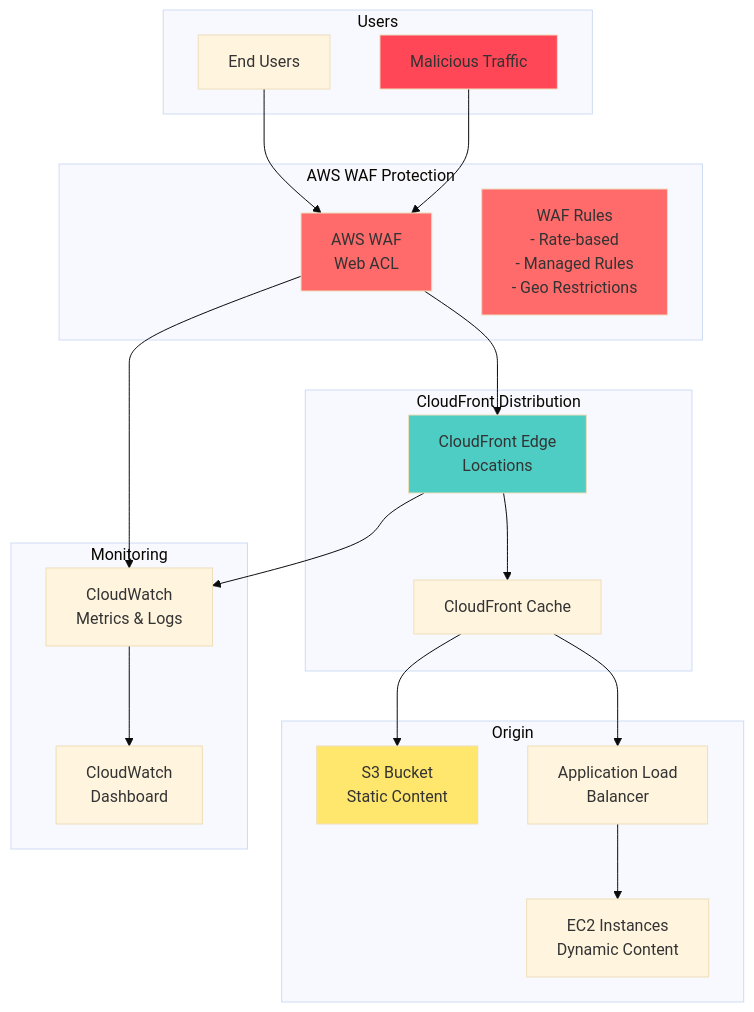
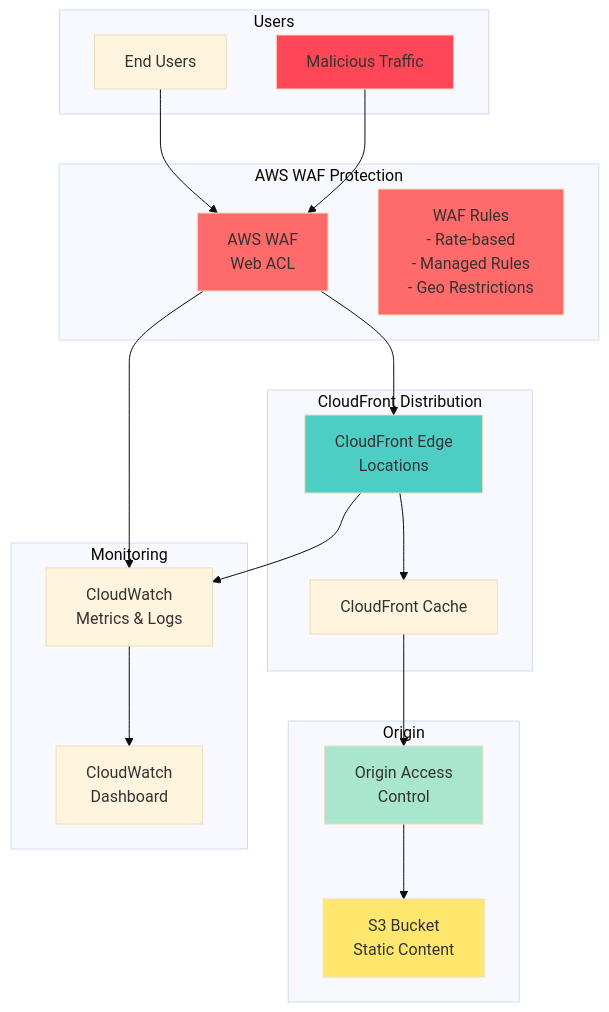
One commit to mzazon/awesome-cloud-projects changed the diagram in aws/content-delivery-cloudfront-waf/content-delivery-cloudfront-waf.md. Above: the diagram before and after it, drawn with Mermaid (base theme). The commit also changed other lines of this file and 5581 other files, not shown here.

````diff
--- a/aws/content-delivery-cloudfront-waf/content-delivery-cloudfront-waf.md
+++ b/aws/content-delivery-cloudfront-waf/content-delivery-cloudfront-waf.md
@@ -30,46 +30,45 @@
 ```mermaid
 graph TB
     subgraph "Users"
         USER[End Users]
         MALICIOUS[Malicious Traffic]
     end
     
     subgraph "AWS WAF Protection"
         WAF[AWS WAF<br/>Web ACL]
         RULES[WAF Rules<br/>- Rate-based<br/>- Managed Rules<br/>- Geo Restrictions]
     end
     
     subgraph "CloudFront Distribution"
         EDGE[CloudFront Edge<br/>Locations]
         CACHE[CloudFront Cache]
     end
     
     subgraph "Origin"
         S3[S3 Bucket<br/>Static Content]
-        ALB[Application Load<br/>Balancer]
-        EC2[EC2 Instances<br/>Dynamic Content]
+        OAC[Origin Access<br/>Control]
     end
     
     subgraph "Monitoring"
         CW[CloudWatch<br/>Metrics & Logs]
         DASH[CloudWatch<br/>Dashboard]
     end
     
     USER --> WAF
     MALICIOUS --> WAF
     WAF --> EDGE
     EDGE --> CACHE
-    CACHE --> S3
-    CACHE --> ALB
-    ALB --> EC2
+    CACHE --> OAC
+    OAC --> S3
     
     WAF --> CW
     EDGE --> CW
     CW --> DASH
     
     style WAF fill:#FF6B6B
     style EDGE fill:#4ECDC4
     style S3 fill:#FFE66D
     style MALICIOUS fill:#FF4757
     style RULES fill:#FF6B6B
+    style OAC fill:#A8E6CF
 ```
````
